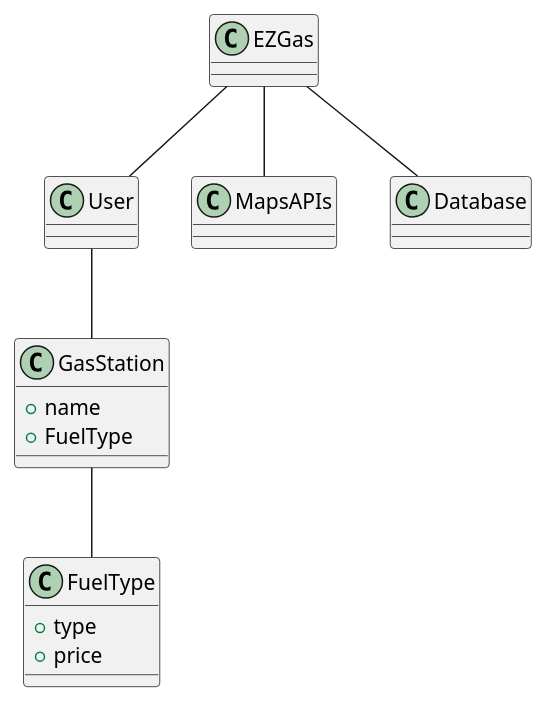
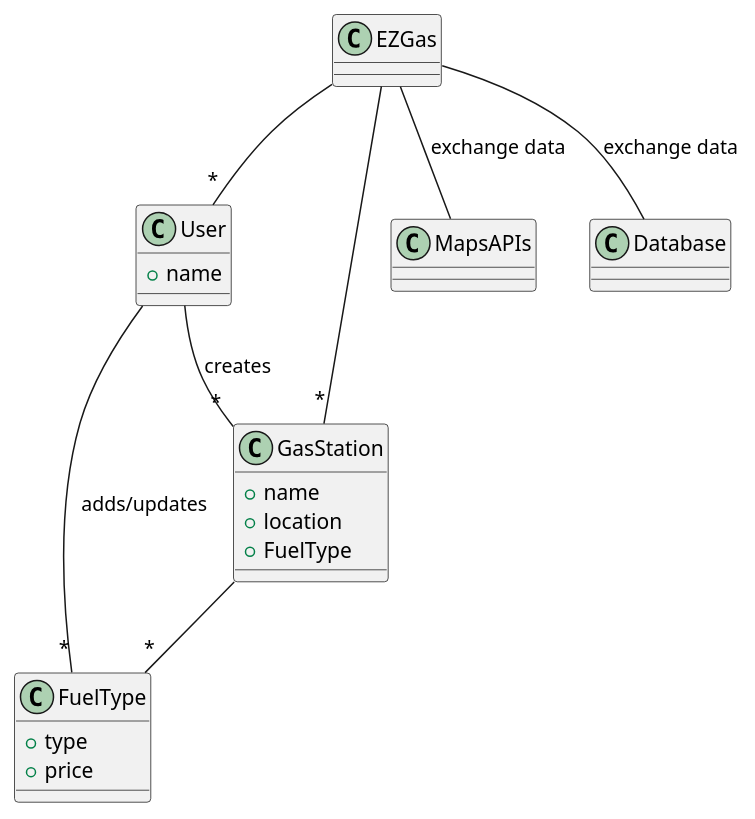
Before and after one commit to SoftengPoliTo/Lab2: the third of 3 diagrams in REQ_s275128.md, drawn with PlantUML.

Commit message:
Added glossary

````diff
--- a/REQ_s275128.md
+++ b/REQ_s275128.md
@@ -178,27 +178,34 @@
 ```plantuml
 class EZGas
-class User
+
+class User {
++ name
+}
 
 class GasStation {
 + name
++ location
 + FuelType
 }
 
 class FuelType {
 + type
 + price
 }
 
 class MapsAPIs
 
 class Database
 
-EZGas -- User
-EZGas -- MapsAPIs
-EZGas -- Database
+EZGas -- "*" User
+EZGas -- "*" GasStation
 
-User -- GasStation
+EZGas -- MapsAPIs : exchange data
+EZGas -- Database : exchange data
 
-GasStation -- FuelType
+User -- "*" GasStation : creates
+User -- "*" FuelType : adds/updates
+
+GasStation -- "*" FuelType
 
 ```
````
